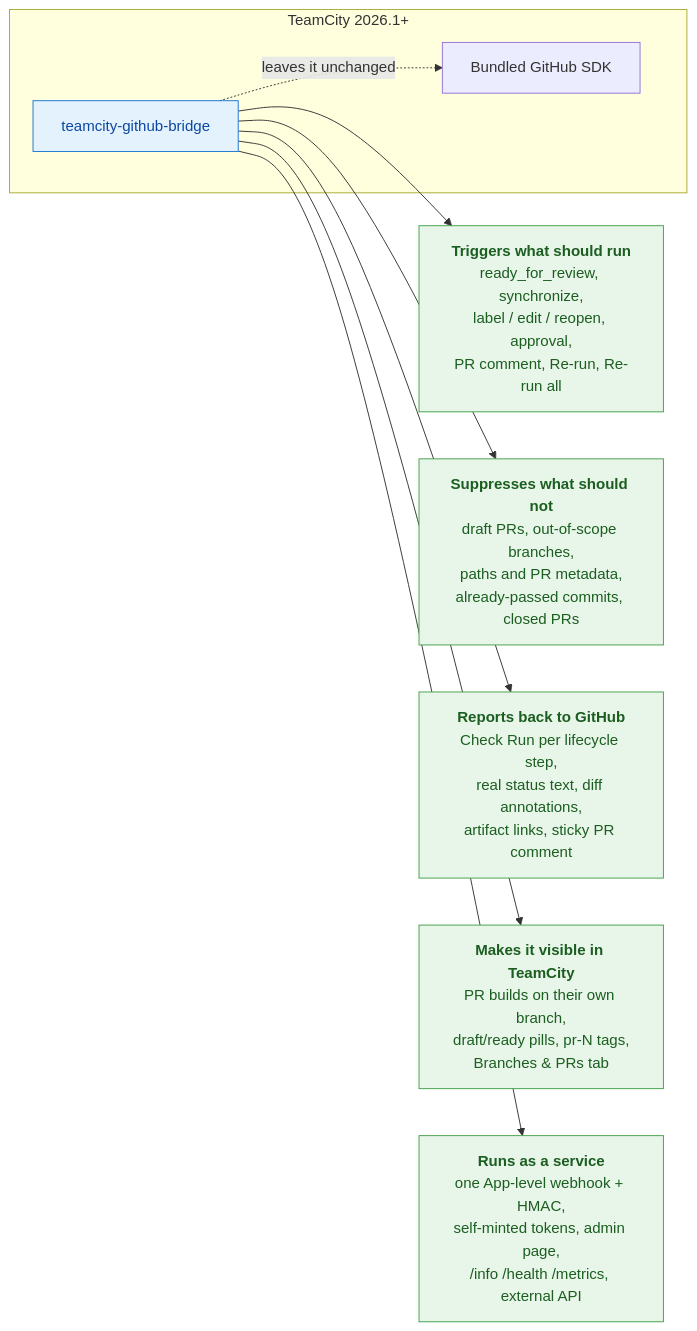
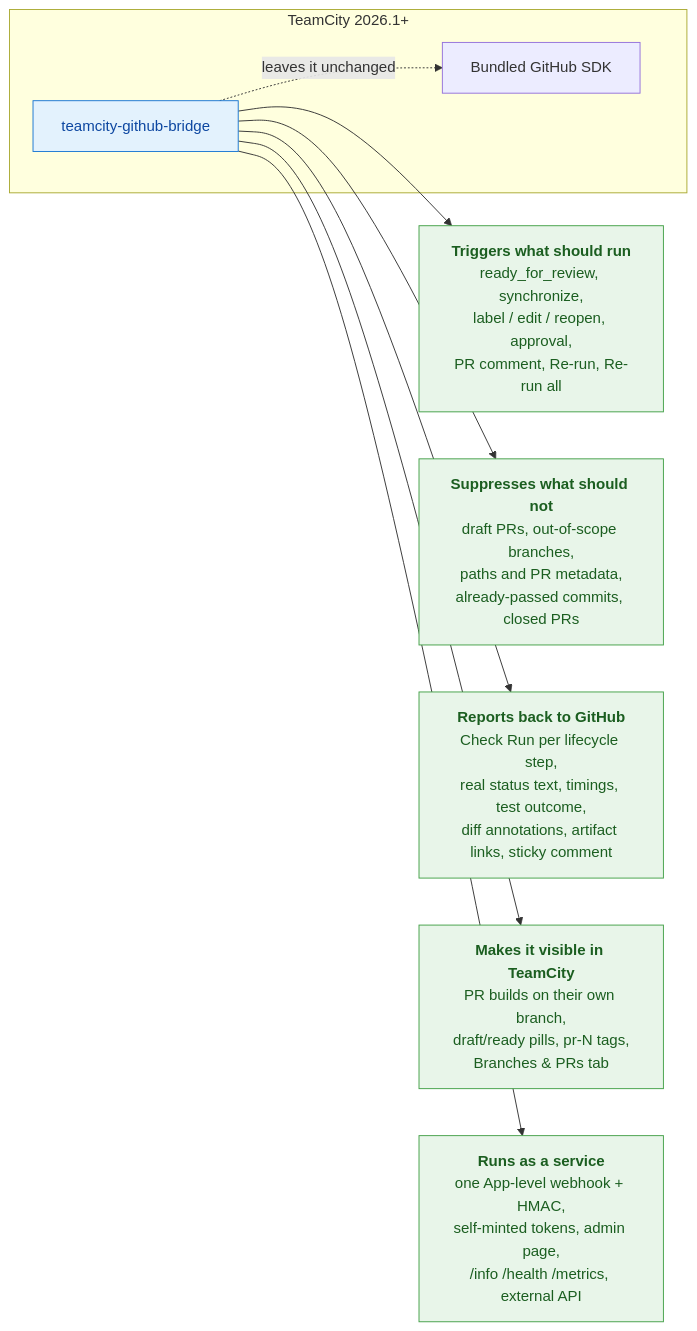
The first of 2 diagrams in README.md (Silmaen/teamcity-github), drawn with Mermaid before and after one commit. The commit also changed other lines of this file and 90 other files, not shown here.

````diff
--- a/README.md
+++ b/README.md
@@ -39,23 +39,23 @@
 ```mermaid
 flowchart LR
     classDef solved fill:#e8f5e9,stroke:#43a047,color:#1b5e20
     classDef plugin fill:#e3f2fd,stroke:#1976d2,color:#0d47a1
 
     subgraph TeamCity["TeamCity 2026.1+"]
         SDK["Bundled GitHub SDK"]
         BRIDGE["teamcity-github-bridge"]:::plugin
     end
 
     TRIG["<b>Triggers what should run</b><br/>ready_for_review, synchronize,<br/>label / edit / reopen, approval,<br/>PR comment, Re-run, Re-run all"]:::solved
     SKIP["<b>Suppresses what should not</b><br/>draft PRs, out-of-scope branches,<br/>paths and PR metadata,<br/>already-passed commits, closed PRs"]:::solved
-    PUB["<b>Reports back to GitHub</b><br/>Check Run per lifecycle step,<br/>real status text, diff annotations,<br/>artifact links, sticky PR comment"]:::solved
+    PUB["<b>Reports back to GitHub</b><br/>Check Run per lifecycle step,<br/>real status text, timings, test outcome,<br/>diff annotations, artifact links, sticky comment"]:::solved
     VIEW["<b>Makes it visible in TeamCity</b><br/>PR builds on their own branch,<br/>draft/ready pills, pr-N tags,<br/>Branches &amp; PRs tab"]:::solved
     OPS["<b>Runs as a service</b><br/>one App-level webhook + HMAC,<br/>self-minted tokens, admin page,<br/>/info /health /metrics, external API"]:::solved
 
     BRIDGE -. "leaves it unchanged" .-> SDK
     BRIDGE --> TRIG
     BRIDGE --> SKIP
     BRIDGE --> PUB
     BRIDGE --> VIEW
     BRIDGE --> OPS
 ```
````
